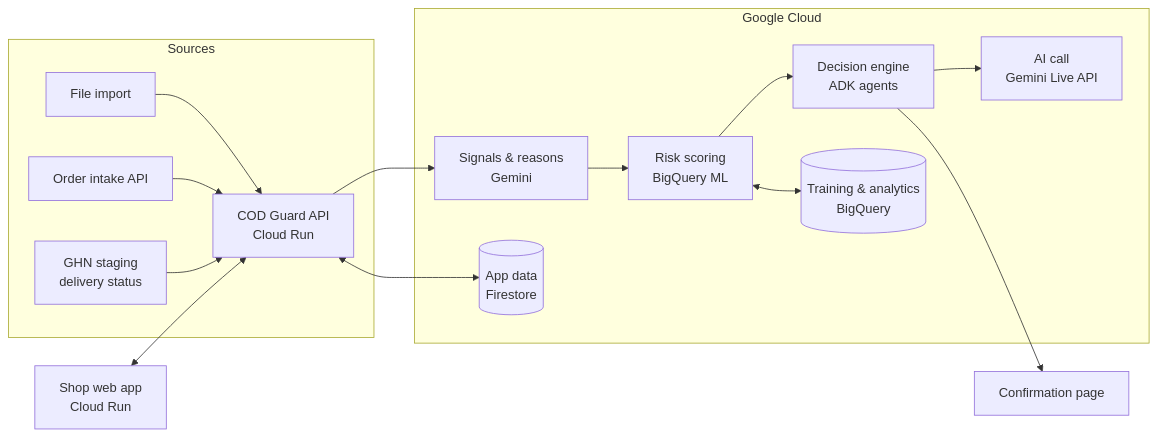
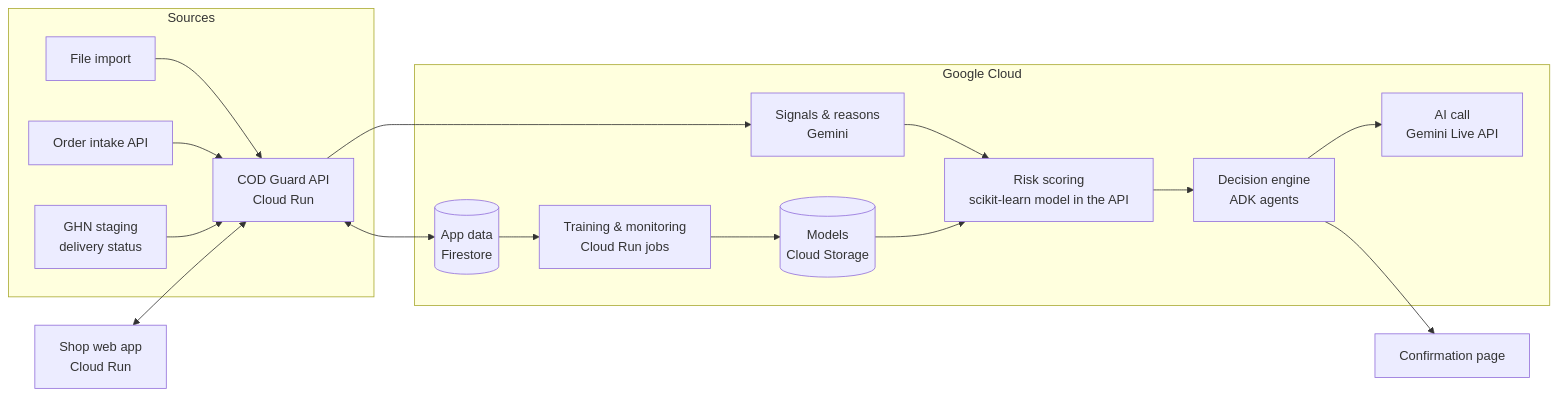
Before and after one commit to beavershydraai/hydraai_codguard: the diagram in README.md, drawn with Mermaid. The commit also changed other lines of this file and 3 other files, not shown here.

Commit message:
Remove BigQuery ML from the docs: the risk model is scikit-learn

````diff
--- a/README.md
+++ b/README.md
@@ -80,25 +80,26 @@
 ```mermaid
 flowchart LR
     subgraph Sources
         A[File import] --> API
         B[Order intake API] --> API
         G[GHN staging<br/>delivery status] --> API
     end
 
     subgraph GCP [Google Cloud]
         API[COD Guard API<br/>Cloud Run]
-        SCORE[Risk scoring<br/>BigQuery ML]
+        SCORE[Risk scoring<br/>scikit-learn model in the API]
         LLM[Signals & reasons<br/>Gemini]
         DEC[Decision engine<br/>ADK agents]
         VOICE[AI call<br/>Gemini Live API]
         DB[(App data<br/>Firestore)]
-        BQ[(Training & analytics<br/>BigQuery)]
+        TRAIN[Training & monitoring<br/>Cloud Run jobs]
+        GCS[(Models<br/>Cloud Storage)]
     end
 
     API --> LLM --> SCORE --> DEC
     DEC --> VOICE
     DEC --> PAGE[Confirmation page]
     API <--> DB
-    SCORE <--> BQ
+    DB --> TRAIN --> GCS --> SCORE
     WEB[Shop web app<br/>Cloud Run] <--> API
 ```
````
